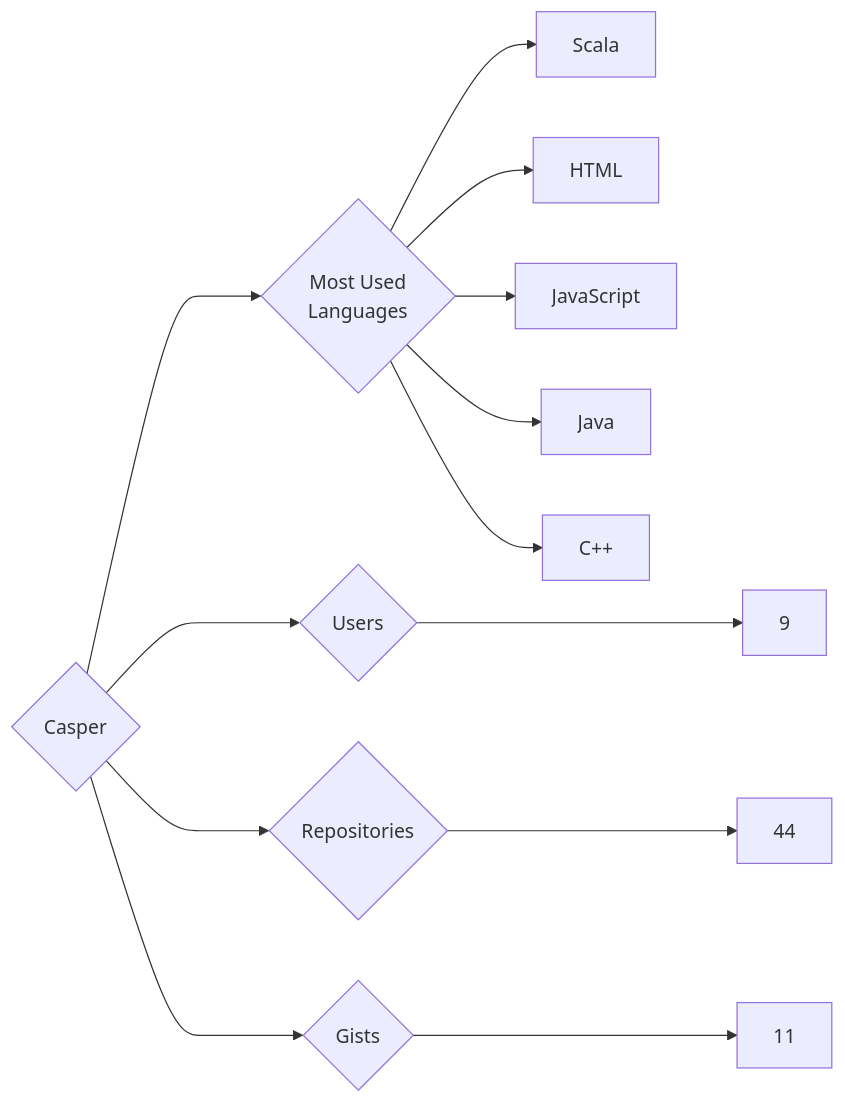
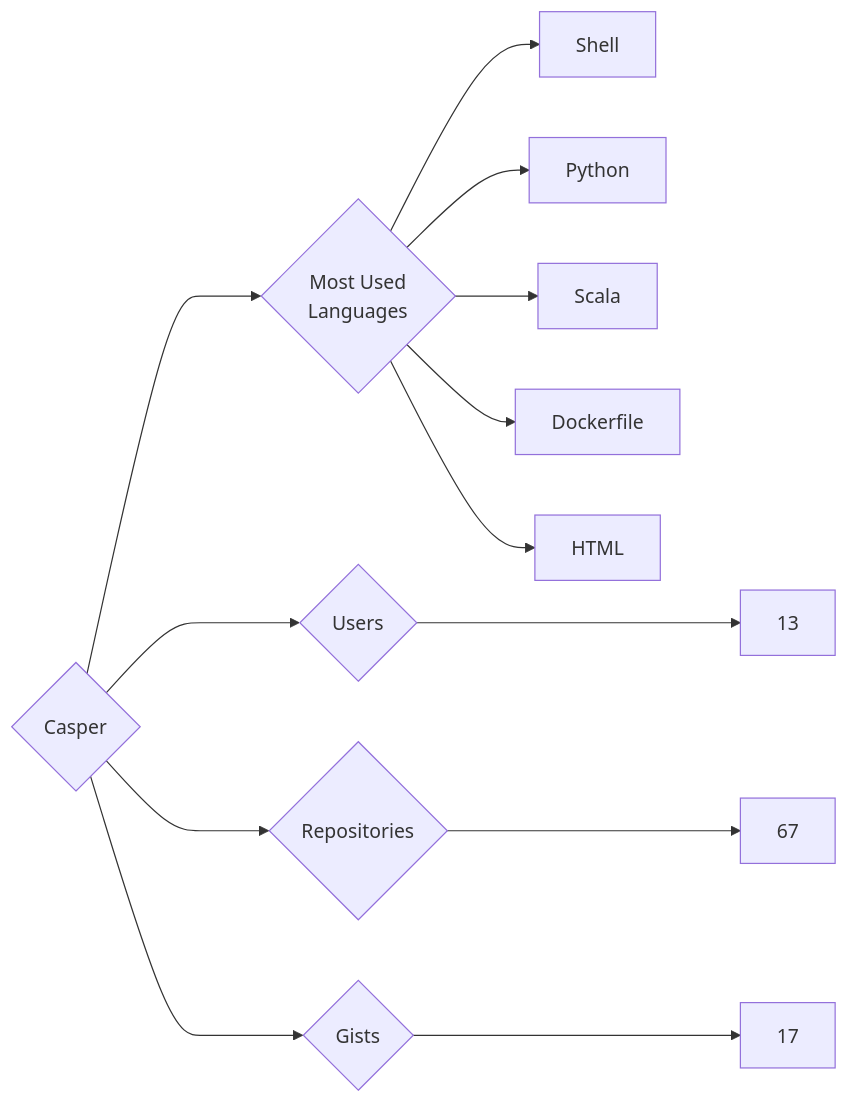
Before and after one commit to trickest/insiders: the diagram in targets/Casper/README.md, drawn with Mermaid. The commit also changed 845 other files, not shown here.

````diff
--- a/targets/Casper/README.md
+++ b/targets/Casper/README.md
@@ -3,13 +3,13 @@
 ```mermaid
 graph LR
 COMPANY_NAME{Casper}
-COMPANY_NAME ---> U{Users} ---> UN[9]
-COMPANY_NAME ---> R{Repositories} ---> RN[44]
-COMPANY_NAME ---> G{Gists} ---> GN[11]
+COMPANY_NAME ---> U{Users} ---> UN[13]
+COMPANY_NAME ---> R{Repositories} ---> RN[67]
+COMPANY_NAME ---> G{Gists} ---> GN[17]
 COMPANY_NAME ---> ML{Most Used<br>Languages}
+ML --> Shell[Shell]
+ML --> Python[Python]
 ML --> Scala[Scala]
+ML --> Dockerfile[Dockerfile]
 ML --> HTML[HTML]
-ML --> JavaScript[JavaScript]
-ML --> Java[Java]
-ML --> C++[C++]
 ```
````
